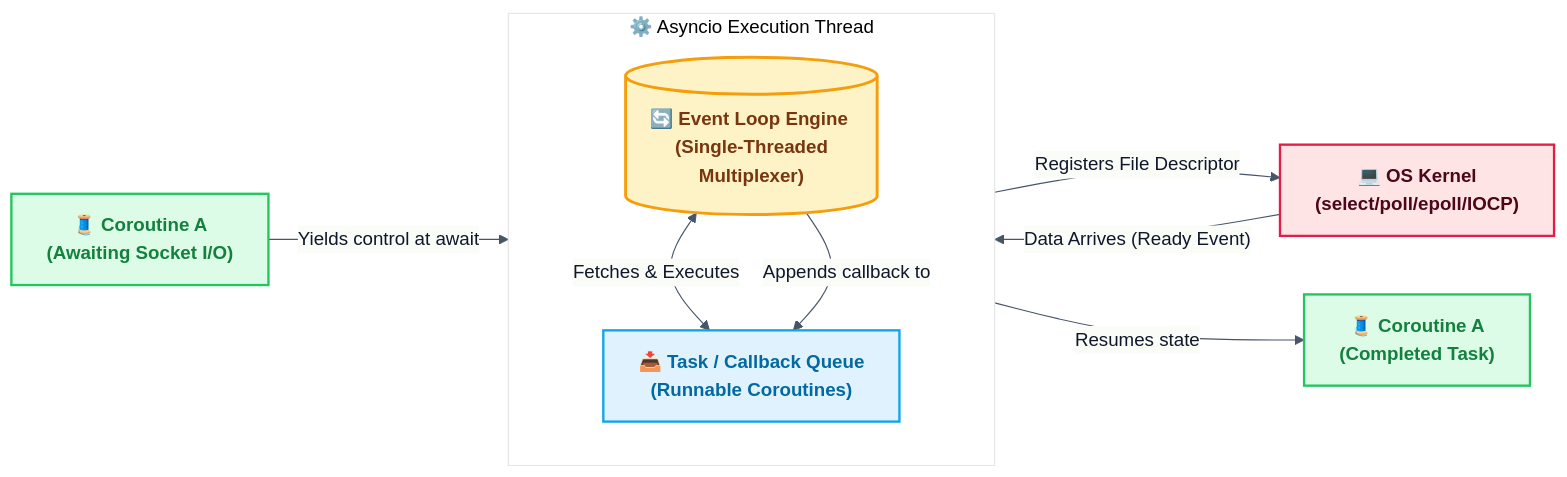
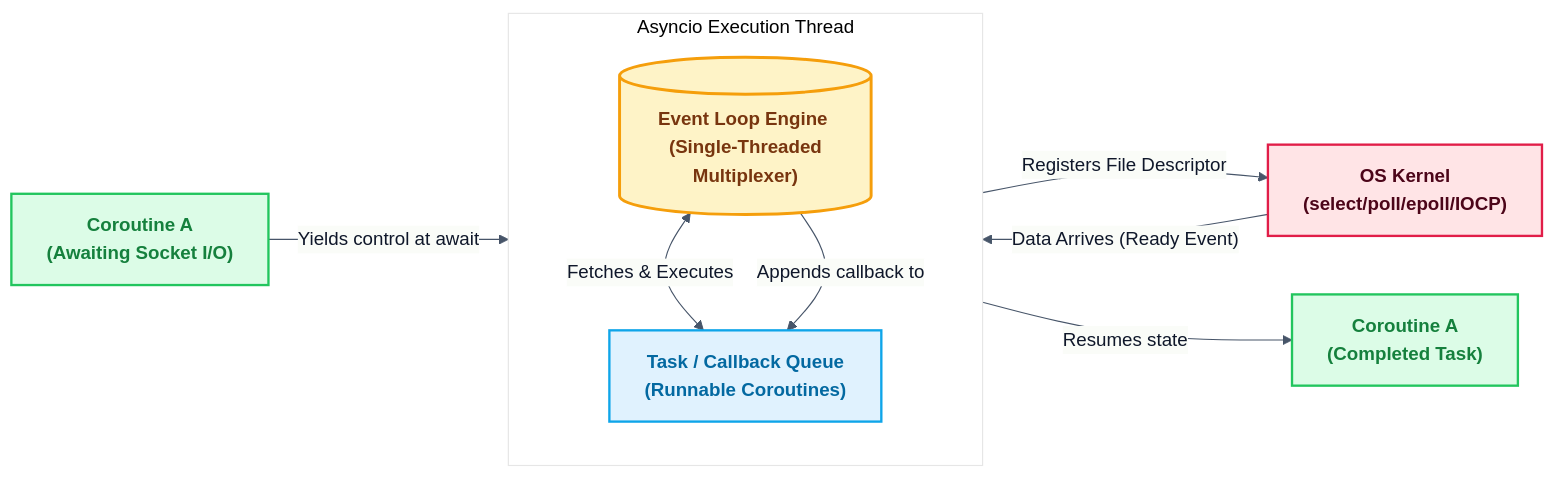
The second of 5 diagrams in SyedMuhammadHuzaifaAshrafi-(23FA-035-SE)/Chapter05/README.md (RameenAnwar/PDC-SP26-SE), drawn with Mermaid before and after one commit. The commit also changed other lines of this file and 5 other files, not shown here.

````diff
--- a/SyedMuhammadHuzaifaAshrafi-(23FA-035-SE)/Chapter05/README.md
+++ b/SyedMuhammadHuzaifaAshrafi-(23FA-035-SE)/Chapter05/README.md
@@ -77,29 +77,29 @@
 ```mermaid
 %%{init: {'theme': 'base', 'themeVariables': { 'lineColor': '#475569', 'primaryColor': '#f8fafc', 'primaryTextColor': '#0f172a', 'primaryBorderColor': '#cbd5e1' }}}%%
 flowchart LR
     %% Premium Event Loop Architecture Diagram
     classDef loop fill:#fef3c7,stroke:#f59e0b,stroke-width:2.5px,color:#78350f,font-weight:bold
     classDef queue fill:#e0f2fe,stroke:#0ea5e9,stroke-width:2px,color:#0369a1,font-weight:bold
     classDef kernel fill:#ffe4e6,stroke:#e11d48,stroke-width:2px,color:#4c0519,font-weight:bold
     classDef coro fill:#dcfce7,stroke:#22c55e,stroke-width:2px,color:#15803d,font-weight:bold
 
-    subgraph ASYNC_ENV ["⚙️ Asyncio Execution Thread"]
+    subgraph ASYNC_ENV ["Asyncio Execution Thread"]
         direction TB
-        EL[("🔄 Event Loop Engine <br> (Single-Threaded Multiplexer)")]
-        TQ["📥 Task / Callback Queue <br> (Runnable Coroutines)"]
+        EL[("Event Loop Engine <br> (Single-Threaded Multiplexer)")]
+        TQ["Task / Callback Queue <br> (Runnable Coroutines)"]
         
         EL <-->|Fetches & Executes| TQ
     end
 
-    C1["🧵 Coroutine A <br> (Awaiting Socket I/O)"] -->|Yields control at await| EL
-    EL -->|Registers File Descriptor| OS["💻 OS Kernel <br> (select/poll/epoll/IOCP)"]
+    C1["Coroutine A <br> (Awaiting Socket I/O)"] -->|Yields control at await| EL
+    EL -->|Registers File Descriptor| OS["OS Kernel <br> (select/poll/epoll/IOCP)"]
     
     OS -->|"Data Arrives (Ready Event)"| EL
     EL -->|Appends callback to| TQ
-    TQ -->|Resumes state| C2["🧵 Coroutine A <br> (Completed Task)"]
+    TQ -->|Resumes state| C2["Coroutine A <br> (Completed Task)"]
 
     class EL loop
     class TQ queue
     class OS kernel
     class C1,C2 coro
 ```
````
